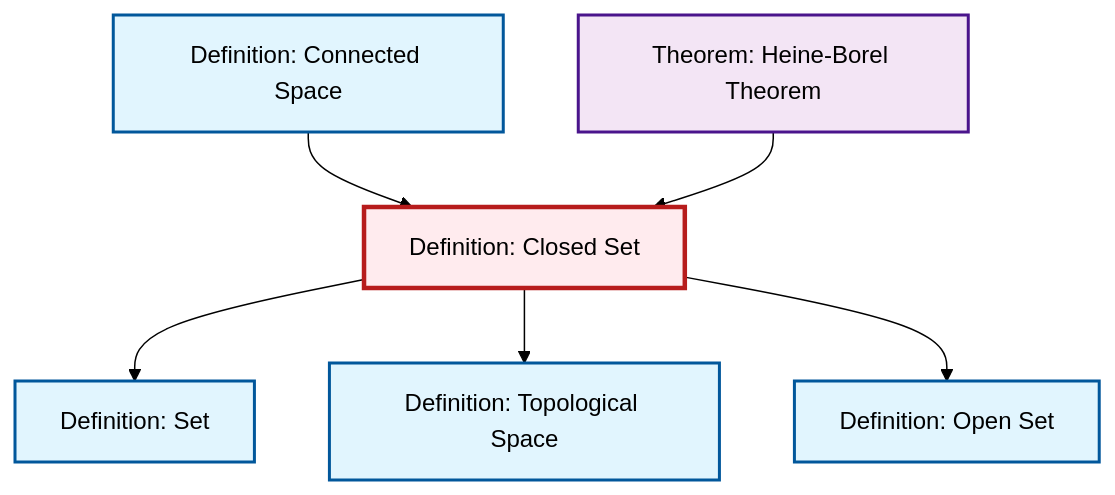
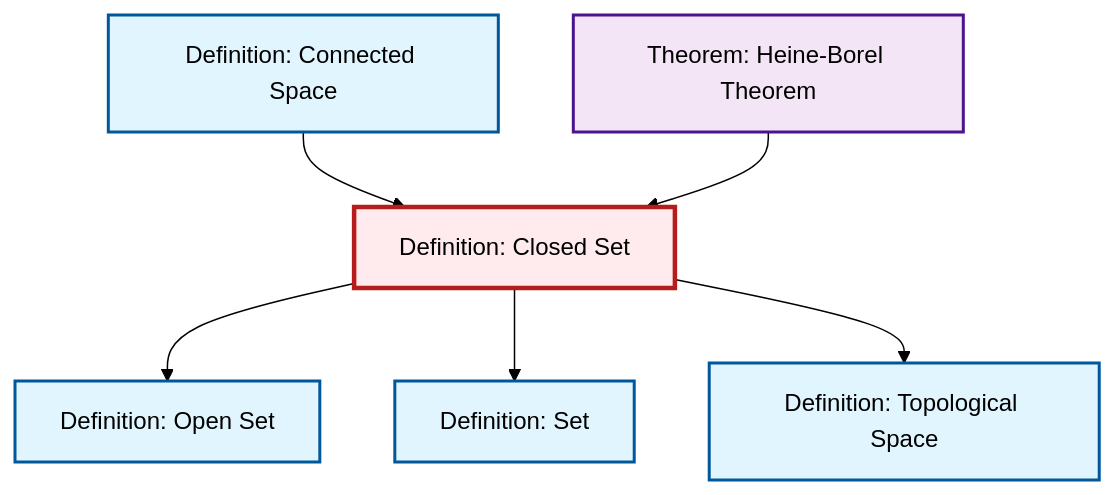
The diagram in content/en/topology/def-closed-set.qmd (RK0429/ModernMath), drawn with Mermaid (forest theme) before and after one commit. The commit also changed other lines of this file and 203 other files, not shown here.

````diff
--- a/content/en/topology/def-closed-set.qmd
+++ b/content/en/topology/def-closed-set.qmd
@@ -44,27 +44,21 @@
 ```{mermaid}
 %%| fig-cap: "Local dependency graph"
 graph TD
     classDef definition fill:#e1f5fe,stroke:#01579b,stroke-width:2px
     classDef theorem fill:#f3e5f5,stroke:#4a148c,stroke-width:2px
     classDef axiom fill:#fff3e0,stroke:#e65100,stroke-width:2px
     classDef example fill:#e8f5e9,stroke:#1b5e20,stroke-width:2px
     classDef current fill:#ffebee,stroke:#b71c1c,stroke-width:3px
+    def-topological-space["Definition: Topological Space"]:::definition
+    def-closed-set["Definition: Closed Set"]:::definition
+    def-open-set["Definition: Open Set"]:::definition
+    def-set["Definition: Set"]:::definition
+    def-connected["Definition: Connected Space"]:::definition
     thm-heine-borel["Theorem: Heine-Borel Theorem"]:::theorem
-    def-connected["Definition: Connected Space"]:::definition
-    def-closed-set["Definition: Closed Set"]:::definition
-    def-set["Definition: Set"]:::definition
-    def-open-set["Definition: Open Set"]:::definition
-    def-topological-space["Definition: Topological Space"]:::definition
+    def-closed-set --> def-open-set
     def-closed-set --> def-set
     def-connected --> def-closed-set
     def-closed-set --> def-topological-space
     thm-heine-borel --> def-closed-set
-    def-closed-set --> def-open-set
     class def-closed-set current
-
-    click thm-heine-borel "thm-heine-borel.html" "Go to Heine-Borel Theorem theorem"
-    click def-connected "def-connected.html" "Go to Connected Space definition"
-    click def-set "def-set.html" "Go to Set definition"
-    click def-open-set "def-open-set.html" "Go to Open Set definition"
-    click def-topological-space "def-topological-space.html" "Go to Topological Space definition"
 ```
````
